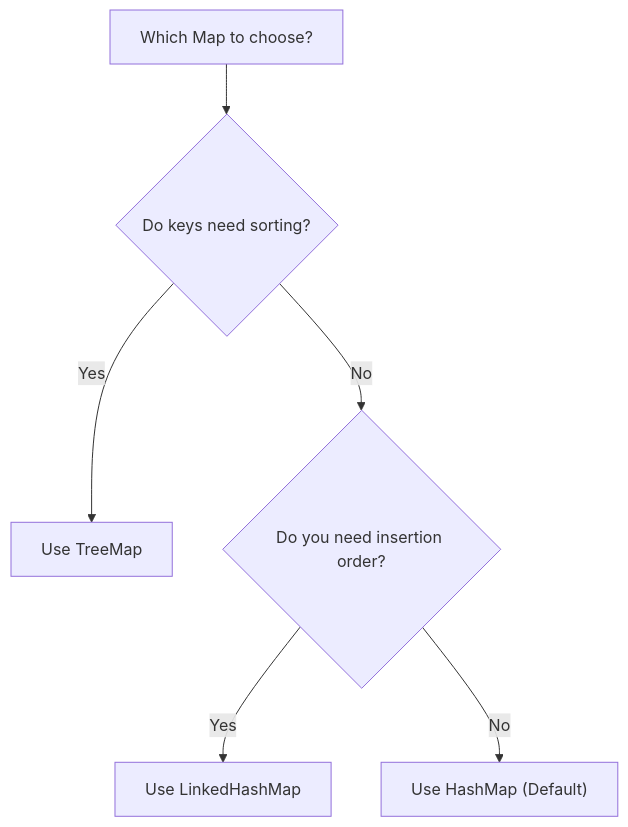
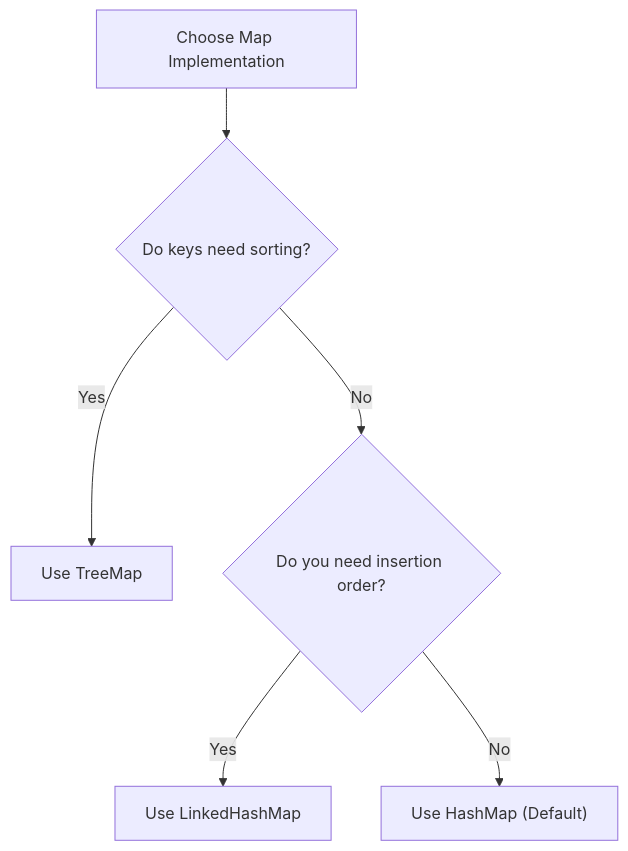
Before and after one commit to Sanjay-Mathivanan/JAVA_Zero-to-Advanced: the diagram in 10_Collection-Framework-in-Java/07_Maps/01_HashMap/13_HashMap_vs_LinkedHashMap_vs_TreeMap.md, drawn with Mermaid. The commit also changed other lines of this file and 37 other files, not shown here.

Commit message:
Upgrade all individual Map files (HashMap, LinkedHashMap, TreeMap, HashTable) to professional-grade technical documents with complete diagrams, complexities, and code

````diff
--- a/10_Collection-Framework-in-Java/07_Maps/01_HashMap/13_HashMap_vs_LinkedHashMap_vs_TreeMap.md
+++ b/10_Collection-Framework-in-Java/07_Maps/01_HashMap/13_HashMap_vs_LinkedHashMap_vs_TreeMap.md
@@ -22,8 +23,8 @@
 ```mermaid
 graph TD
-    Start["Which Map to choose?"] --> Sorted{"Do keys need sorting?"}
+    Start["Choose Map Implementation"] --> Sorted{"Do keys need sorting?"}
     Sorted -->|Yes| TreeMap["Use TreeMap"]
     Sorted -->|No| Insert{"Do you need insertion order?"}
     Insert -->|Yes| LinkedHashMap["Use LinkedHashMap"]
     Insert -->|No| HashMap["Use HashMap (Default)"]
 ```
````
